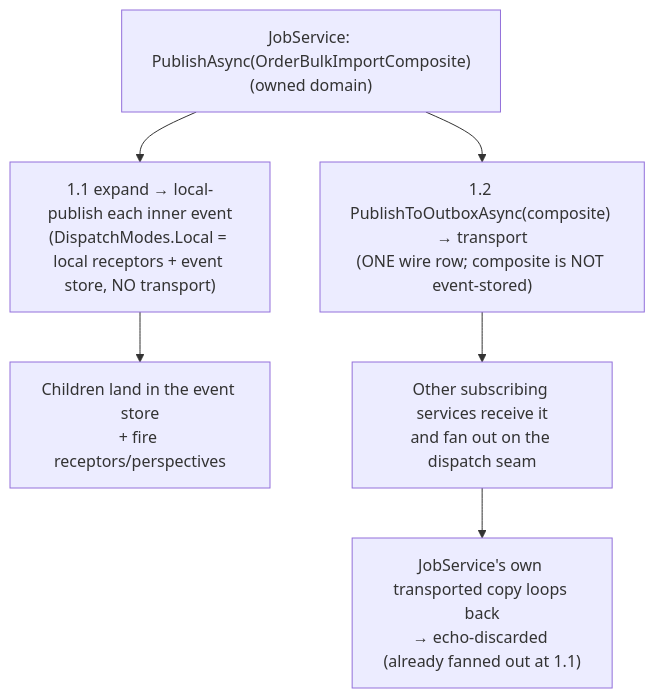
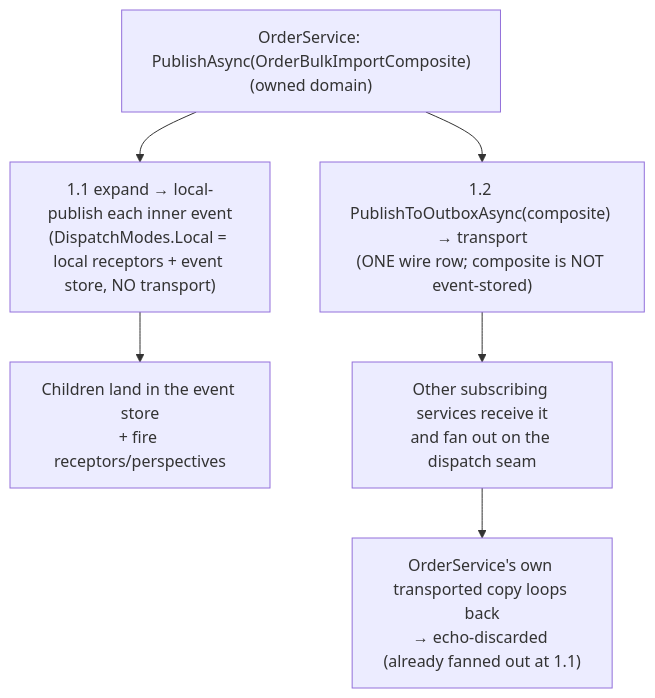
Before and after one commit to whizbang-lib/whizbang-lib.github.io: the second of 2 diagrams in src/assets/docs/v1.0.0/fundamentals/messaging/composite-events.md, drawn with Mermaid. The commit also changed other lines of this file and 20 other files, not shown here.

````diff
--- a/src/assets/docs/v1.0.0/fundamentals/messaging/composite-events.md
+++ b/src/assets/docs/v1.0.0/fundamentals/messaging/composite-events.md
@@ -371,15 +371,15 @@
 ```mermaid{caption="Publish-time local fan-out — the publishing service expands the composite into its own event store at publish (step 1.1) and also sends one wire copy over the outbox (step 1.2); its own transported copy loops back and is echo-discarded, so there is no double fan-out."}
 flowchart TD
-    Publish["JobService: PublishAsync(OrderBulkImportComposite)<br/>(owned domain)"]
+    Publish["OrderService: PublishAsync(OrderBulkImportComposite)<br/>(owned domain)"]
     Step11["1.1 expand → local-publish each inner event<br/>(DispatchModes.Local = local receptors + event store, NO transport)"]
     Children["Children land in the event store<br/>+ fire receptors/perspectives"]
     Step12["1.2 PublishToOutboxAsync(composite) → transport<br/>(ONE wire row; composite is NOT event-stored)"]
     Others["Other subscribing services receive it<br/>and fan out on the dispatch seam"]
-    Loopback["JobService's own transported copy loops back<br/>→ echo-discarded (already fanned out at 1.1)"]
+    Loopback["OrderService's own transported copy loops back<br/>→ echo-discarded (already fanned out at 1.1)"]
 
     Publish --> Step11
     Step11 --> Children
     Publish --> Step12
     Step12 --> Others
     Others --> Loopback
 ```
````
